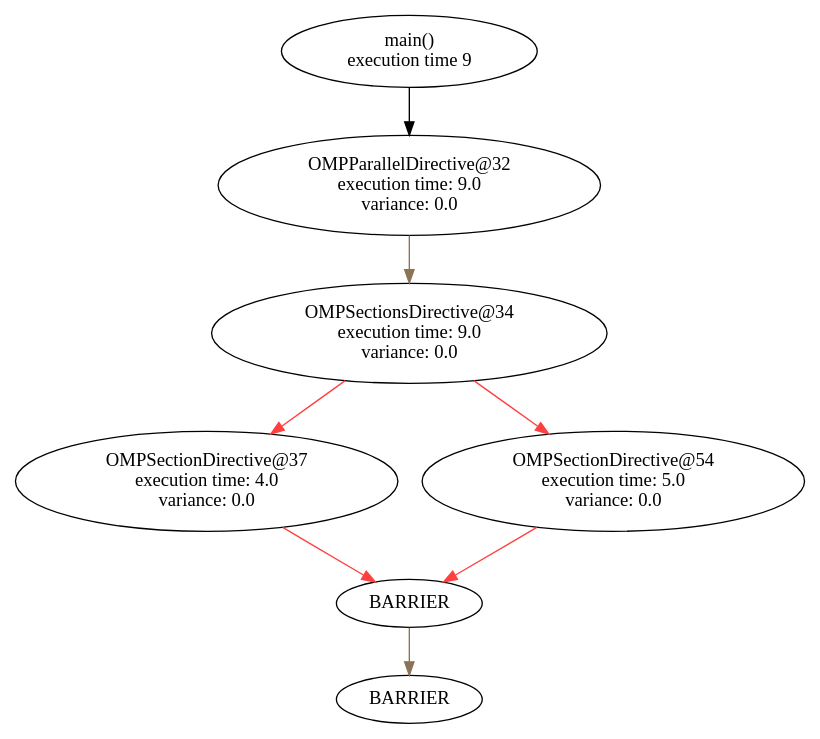
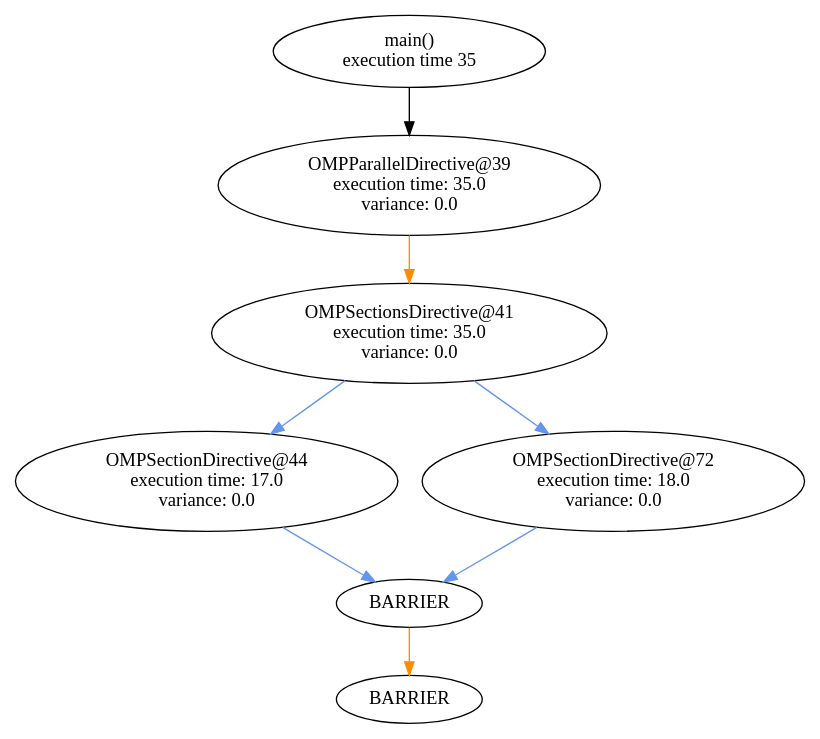
The diagram in graph_sched/graphs/main_flow.dot (filippobrizzi/soma), drawn with Graphviz before and after one commit. The commit also changed 20 other files, not shown here.

Commit message:
fixed buggy flow explosion and schedule.xml

```diff
--- a/graph_sched/graphs/main_flow.dot
+++ b/graph_sched/graphs/main_flow.dot
@@ -1,52 +1,52 @@
 digraph G {
 	graph [bb="0,0,500,534"];
 	node [label="\N"];
-	10	 [height=0.74639,
-		label="main()\nexecution time 9",
+	35	 [height=0.74639,
+		label="main()\nexecution time 35",
 		pos="250,507",
-		root=10,
-		width=2.1972];
-	32	 [height=1.041,
-		label="OMPParallelDirective@32\nexecution time: 9.0\nvariance: 0.0",
+		root=35,
+		width=2.3354];
+	39	 [height=1.041,
+		label="OMPParallelDirective@39\nexecution time: 35.0\nvariance: 0.0",
 		pos="250,406",
-		root=10,
+		root=35,
 		width=3.346];
-	10 -> 32	 [pos="e,250,443.63 250,479.99 250,471.91 250,462.75 250,453.72"];
-	34	 [height=1.041,
-		label="OMPSectionsDirective@34\nexecution time: 9.0\nvariance: 0.0",
+	35 -> 39	 [pos="e,250,443.63 250,479.99 250,471.91 250,462.75 250,453.72"];
+	41	 [height=1.041,
+		label="OMPSectionsDirective@41\nexecution time: 35.0\nvariance: 0.0",
 		pos="250,294",
-		root=10,
+		root=35,
 		width=3.4507];
-	32 -> 34	 [color=burlywood4,
+	39 -> 41	 [color=darkorange,
 		pos="e,250,331.84 250,368.37 250,359.93 250,350.83 250,342.01"];
-	37	 [height=1.041,
-		label="OMPSectionDirective@37\nexecution time: 4.0\nvariance: 0.0",
+	44	 [height=1.041,
+		label="OMPSectionDirective@44\nexecution time: 17.0\nvariance: 0.0",
 		pos="120,182",
-		root=10,
+		root=35,
 		width=3.346];
-	34 -> 37	 [color=brown1,
+	41 -> 44	 [color=cornflowerblue,
 		pos="e,160.63,217.38 209.22,258.5 196.28,247.54 181.83,235.32 168.4,223.96"];
-	54	 [height=1.041,
-		label="OMPSectionDirective@54\nexecution time: 5.0\nvariance: 0.0",
+	72	 [height=1.041,
+		label="OMPSectionDirective@72\nexecution time: 18.0\nvariance: 0.0",
 		pos="380,182",
-		root=10,
+		root=35,
 		width=3.346];
-	34 -> 54	 [color=brown1,
+	41 -> 72	 [color=cornflowerblue,
 		pos="e,339.37,217.38 290.78,258.5 303.72,247.54 318.17,235.32 331.6,223.96"];
-	"34_end"	 [height=0.5,
+	"41_end"	 [height=0.5,
 		label=BARRIER,
 		pos="250,90",
-		root=10,
+		root=35,
 		width=1.4305];
-	37 -> "34_end"	 [color=brown1,
+	44 -> "41_end"	 [color=cornflowerblue,
 		pos="e,227.72,106.42 168.41,147.49 185.42,135.71 204.07,122.8 219.23,112.3"];
-	"32_end"	 [height=0.5,
+	"39_end"	 [height=0.5,
 		label=BARRIER,
 		pos="250,18",
-		root=10,
+		root=35,
 		width=1.4305];
-	"34_end" -> "32_end"	 [color=burlywood4,
+	"41_end" -> "39_end"	 [color=darkorange,
 		pos="e,250,36.104 250,71.697 250,63.983 250,54.712 250,46.112"];
-	54 -> "34_end"	 [color=brown1,
+	72 -> "41_end"	 [color=cornflowerblue,
 		pos="e,272.28,106.42 331.59,147.49 314.58,135.71 295.93,122.8 280.77,112.3"];
 }
```
